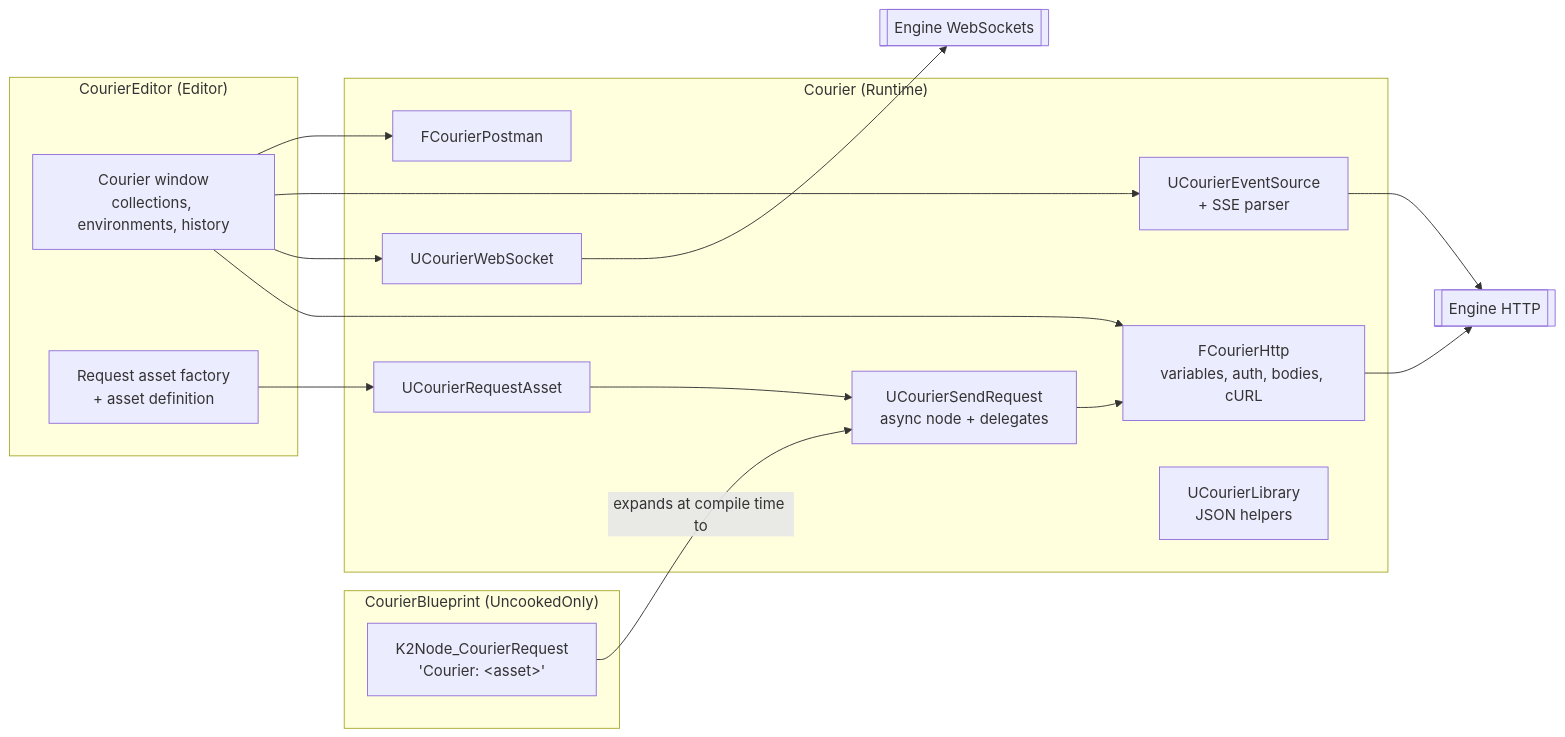
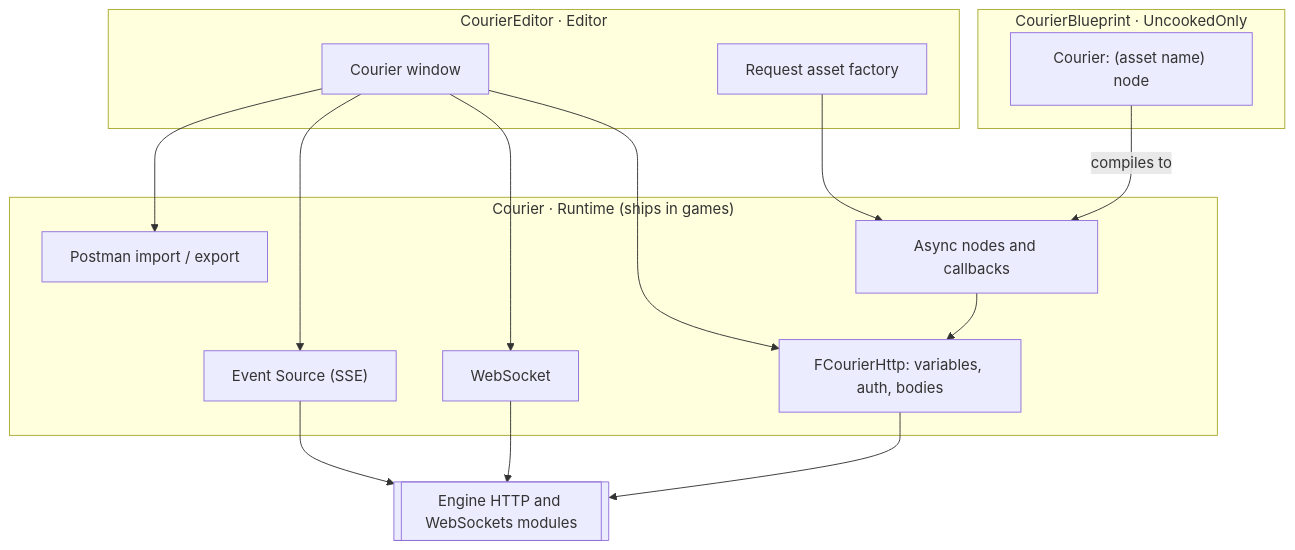
One commit to ahmad-farrag/Courier-UE5 changed the diagram in README.md. Above: the diagram before and after it, drawn with Mermaid. The commit also changed other lines of this file, not shown here.

Commit message:
README: full-width screenshots, simpler architecture diagram

````diff
--- a/README.md
+++ b/README.md
@@ -176,27 +175,27 @@
 ```mermaid
-flowchart LR
-    subgraph Editor["CourierEditor (Editor)"]
-        W["Courier window<br/>collections, environments, history"]
-        F["Request asset factory<br/>+ asset definition"]
+flowchart TB
+    subgraph Editor["CourierEditor · Editor"]
+        W["Courier window"]
+        F["Request asset factory"]
     end
-    subgraph BP["CourierBlueprint (UncookedOnly)"]
-        K["K2Node_CourierRequest<br/>'Courier: &lt;asset&gt;'"]
+    subgraph BP["CourierBlueprint · UncookedOnly"]
+        K["Courier: (asset name) node"]
     end
-    subgraph RT["Courier (Runtime)"]
-        A["UCourierRequestAsset"]
-        S["UCourierSendRequest<br/>async node + delegates"]
-        H["FCourierHttp<br/>variables, auth, bodies, cURL"]
-        WS["UCourierWebSocket"]
-        ES["UCourierEventSource<br/>+ SSE parser"]
-        P["FCourierPostman"]
-        J["UCourierLibrary<br/>JSON helpers"]
+    subgraph RT["Courier · Runtime (ships in games)"]
+        S["Async nodes and callbacks"]
+        H["FCourierHttp: variables, auth, bodies"]
+        WS["WebSocket"]
+        ES["Event Source (SSE)"]
+        P["Postman import / export"]
     end
-    W --> H & WS & ES & P
-    F --> A
-    K -- "expands at compile time to" --> S
+    W --> H
+    W --> WS
+    W --> ES
+    W --> P
+    F --> S
+    K -- "compiles to" --> S
     S --> H
-    A --> S
-    H --> HTTP[["Engine HTTP"]]
-    WS --> WSM[["Engine WebSockets"]]
-    ES --> HTTP
+    H --> E[["Engine HTTP and WebSockets modules"]]
+    WS --> E
+    ES --> E
 ```
````
